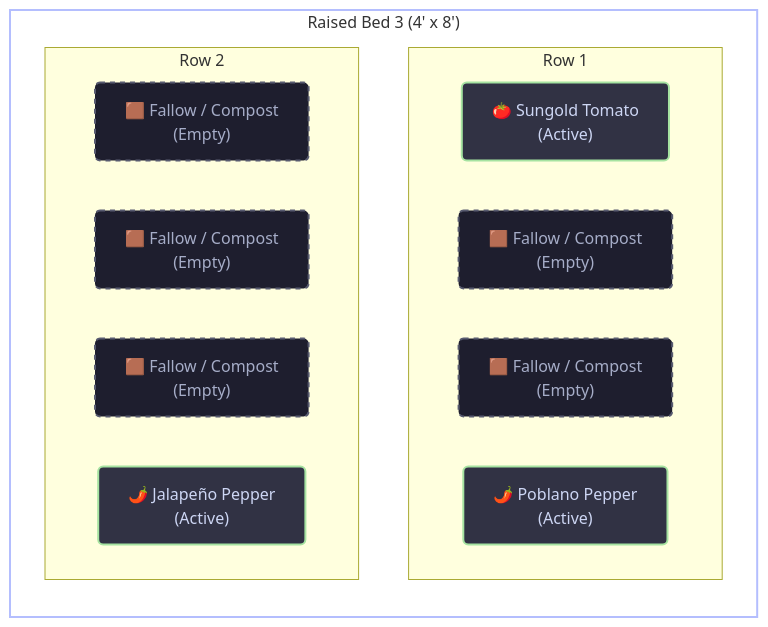
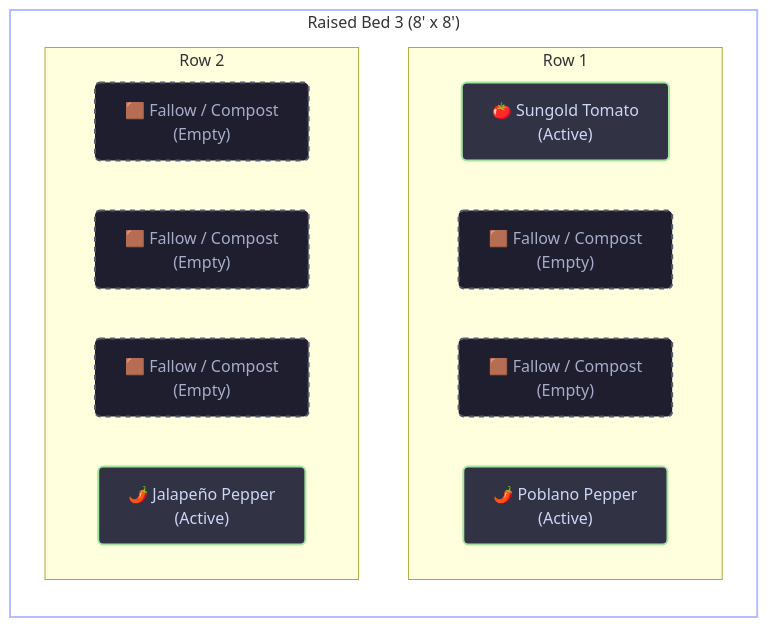
Before and after one commit to nicholaswilde/gardening: the diagram in docs/beds/raised-bed-3.md, drawn with Mermaid. The commit also changed other lines of this file and 2 other files, not shown here.

Commit message:
docs(beds): Update dimensions of all 3 raised beds to 8' x 8' x 1.5'

````diff
--- a/docs/beds/raised-bed-3.md
+++ b/docs/beds/raised-bed-3.md
@@ -15,34 +15,34 @@
 ```mermaid
 flowchart TD
-    subgraph Bed ["Raised Bed 3 (4' x 8')"]
+    subgraph Bed ["Raised Bed 3 (8' x 8')"]
         direction TB
         subgraph Row1 ["Row 1"]
             direction LR
             cell1_1["🍅 Sungold Tomato<br>(Active)"]
             cell1_2["🟫 Fallow / Compost<br>(Empty)"]
             cell1_3["🟫 Fallow / Compost<br>(Empty)"]
             cell1_4["🌶️ Poblano Pepper<br>(Active)"]
         end
         subgraph Row2 ["Row 2"]
             direction LR
             cell2_1["🟫 Fallow / Compost<br>(Empty)"]
             cell2_2["🟫 Fallow / Compost<br>(Empty)"]
             cell2_3["🟫 Fallow / Compost<br>(Empty)"]
             cell2_4["🌶️ Jalapeño Pepper<br>(Active)"]
         end
     end
 
     style Bed fill:transparent,stroke:#b4befe,stroke-width:2px
     style cell1_1 fill:#313244,stroke:#a6e3a1,stroke-width:2px,color:#cdd6f4,rx:5,ry:5
     style cell1_2 fill:#1e1e2e,stroke:#585b70,stroke-width:2px,color:#a6adc8,stroke-dasharray: 5 5,rx:5,ry:5
     style cell1_3 fill:#1e1e2e,stroke:#585b70,stroke-width:2px,color:#a6adc8,stroke-dasharray: 5 5,rx:5,ry:5
     style cell1_4 fill:#313244,stroke:#a6e3a1,stroke-width:2px,color:#cdd6f4,rx:5,ry:5
     style cell2_1 fill:#1e1e2e,stroke:#585b70,stroke-width:2px,color:#a6adc8,stroke-dasharray: 5 5,rx:5,ry:5
     style cell2_2 fill:#1e1e2e,stroke:#585b70,stroke-width:2px,color:#a6adc8,stroke-dasharray: 5 5,rx:5,ry:5
     style cell2_3 fill:#1e1e2e,stroke:#585b70,stroke-width:2px,color:#a6adc8,stroke-dasharray: 5 5,rx:5,ry:5
     style cell2_4 fill:#313244,stroke:#a6e3a1,stroke-width:2px,color:#cdd6f4,rx:5,ry:5
 
     click cell1_4 "../plants/poblano-pepper.md" "Poblano Pepper Profile"
     click cell1_1 "../plants/sungold-tomato.md" "Sungold Tomato Profile"
     click cell2_4 "../plants/jalapeno-pepper.md" "Jalapeño Pepper Profile"
 ```
````
